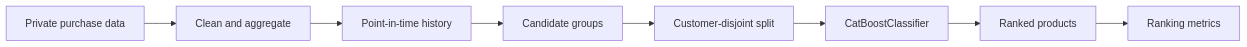
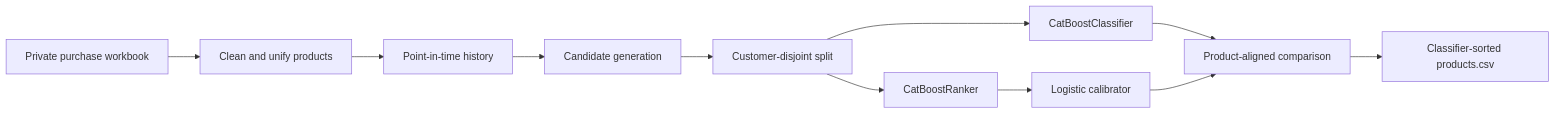
One commit to RODIONOLIINYK/enterprise-product-recommendation-system changed the diagram in README.md. Above: the diagram before and after it, drawn with Mermaid. The commit also changed other lines of this file and 1 other file, not shown here.

Commit message:
Merge model scores into one comparison table

````diff
--- a/README.md
+++ b/README.md
@@ -45,10 +41,13 @@
 ```mermaid
 flowchart LR
-    A["Private purchase data"] --> B["Clean and aggregate"]
+    A["Private purchase workbook"] --> B["Clean and unify products"]
     B --> C["Point-in-time history"]
-    C --> D["Candidate groups"]
+    C --> D["Candidate generation"]
     D --> E["Customer-disjoint split"]
     E --> F["CatBoostClassifier"]
-    F --> G["Ranked products"]
-    G --> H["Ranking metrics"]
+    E --> G["CatBoostRanker"]
+    G --> H["Logistic calibrator"]
+    F --> I["Product-aligned comparison"]
+    H --> I
+    I --> J["Classifier-sorted products.csv"]
 ```
````
